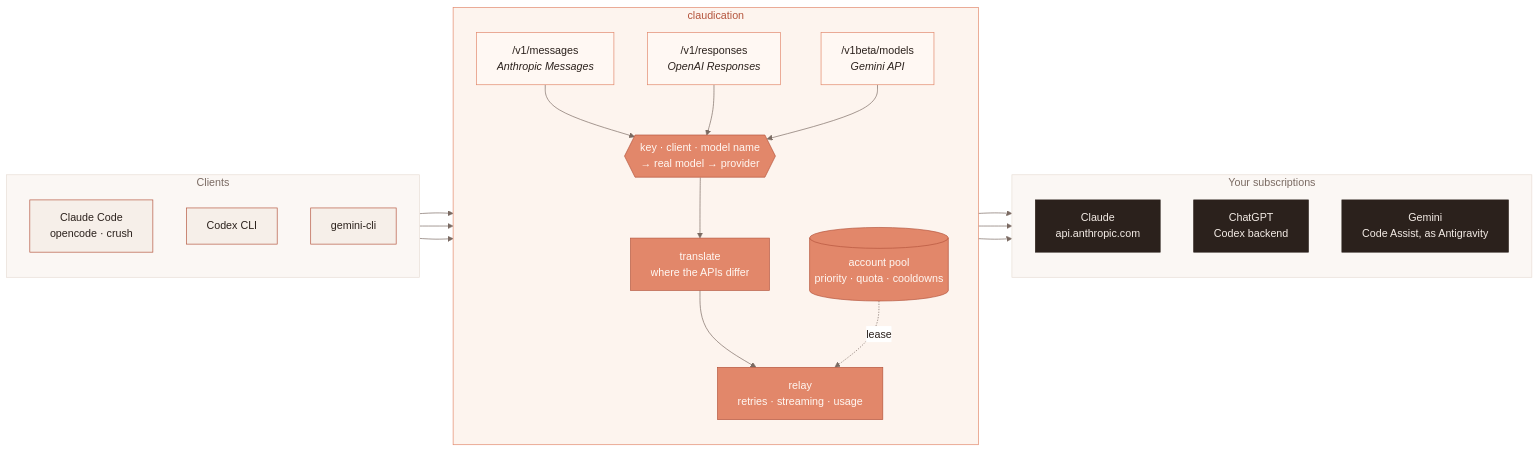
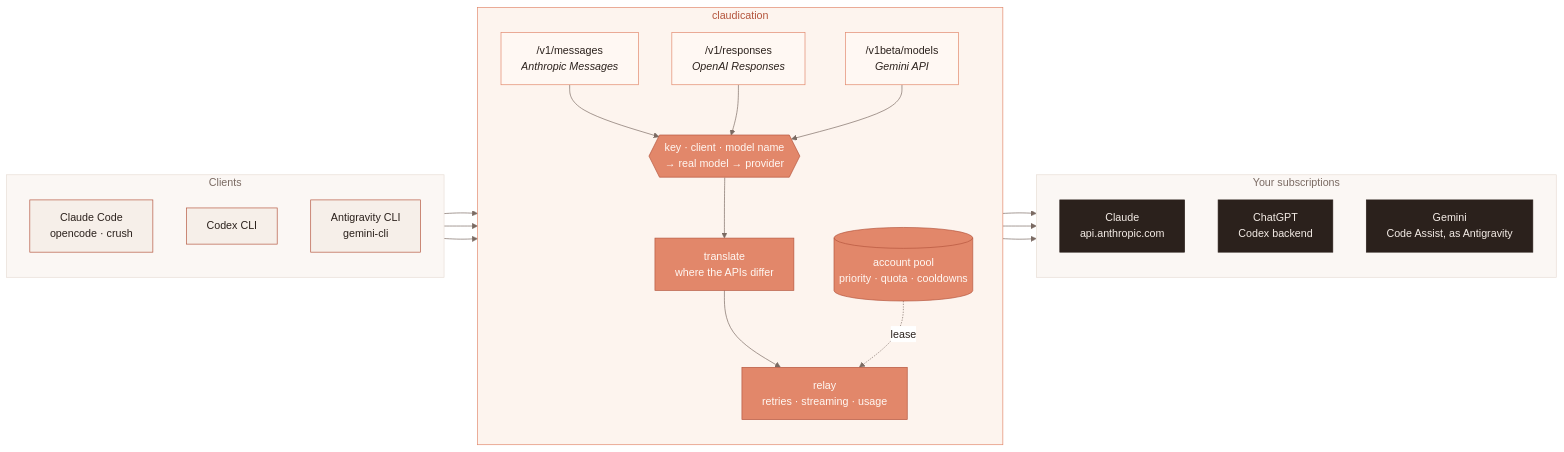
One commit to nebuloss/claudication changed the diagram in res/images/architecture.mmd. Above: the diagram before and after it, drawn with Mermaid. The commit also changed 9 other files, not shown here.

First line of the commit message:
Add Antigravity CLI as a client type

```diff
--- a/res/images/architecture.mmd
+++ b/res/images/architecture.mmd
@@ -1,52 +1,52 @@
 %% The gateway at a glance: every client API reaches every upstream.
 %% Rendered to architecture.svg by res/images/render.sh.
 %%{init: {'theme': 'base', 'themeVariables': {'fontFamily': 'Helvetica, Arial, sans-serif', 'primaryColor': '#fff8f3', 'primaryBorderColor': '#e2876a', 'primaryTextColor': '#2b211c', 'lineColor': '#7a6a62', 'secondaryColor': '#fbf7f4', 'tertiaryColor': '#fbf7f4', 'actorBkg': '#fff8f3', 'actorBorder': '#e2876a', 'actorTextColor': '#2b211c', 'actorLineColor': '#e8ddd5', 'signalColor': '#2b211c', 'signalTextColor': '#2b211c', 'labelBoxBkgColor': '#fdf4ee', 'labelBoxBorderColor': '#e2876a', 'labelTextColor': '#b4553d', 'loopTextColor': '#7a6a62', 'noteBkgColor': '#fdf4ee', 'sequenceNumberColor': '#fff8f3', 'edgeLabelBackground': '#ffffff'}}}%%
 flowchart LR
   subgraph clients["Clients"]
     direction TB
     cc["Claude Code<br/>opencode · crush"]
     codex["Codex CLI"]
-    gcli["gemini-cli"]
+    gcli["Antigravity CLI<br/>gemini-cli"]
   end
 
   subgraph gateway["claudication"]
     direction TB
     msg["/v1/messages<br/><i>Anthropic Messages</i>"]
     resp["/v1/responses<br/><i>OpenAI Responses</i>"]
     gem["/v1beta/models<br/><i>Gemini API</i>"]
     route{{"key · client · model name<br/>→ real model → provider"}}
     tr["translate<br/>where the APIs differ"]
     pool[("account pool<br/>priority · quota · cooldowns")]
     relay["relay<br/>retries · streaming · usage"]
     msg --> route
     resp --> route
     gem --> route
     route --> tr --> relay
     pool -. lease .-> relay
   end
 
   subgraph upstreams["Your subscriptions"]
     direction TB
     claude["Claude<br/>api.anthropic.com"]
     chatgpt["ChatGPT<br/>Codex backend"]
     google["Gemini<br/>Code Assist, as Antigravity"]
   end
 
   cc --> msg
   codex --> resp
   gcli --> gem
   relay --> claude
   relay --> chatgpt
   relay --> google
 
   classDef client fill:#f6efe9,stroke:#b4553d,color:#2b211c
   classDef surface fill:#fff8f3,stroke:#e2876a,color:#2b211c
   classDef core fill:#e2876a,stroke:#b4553d,color:#fff8f3
   classDef up fill:#2b211c,stroke:#2b211c,color:#f4ece6
   class cc,codex,gcli client
   class msg,resp,gem surface
   class route,tr,pool,relay core
   class claude,chatgpt,google up
   style clients fill:#fbf7f4,stroke:#e8ddd5,color:#7a6a62
   style gateway fill:#fdf4ee,stroke:#e2876a,color:#b4553d
   style upstreams fill:#fbf7f4,stroke:#e8ddd5,color:#7a6a62
```
